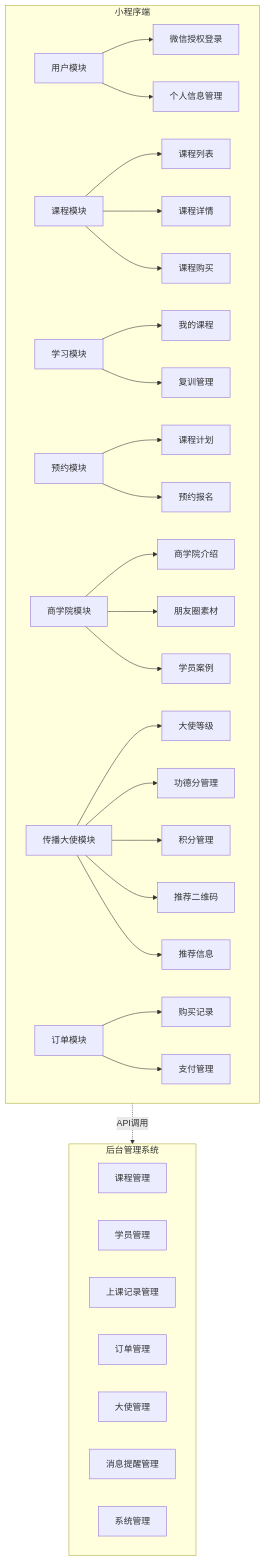
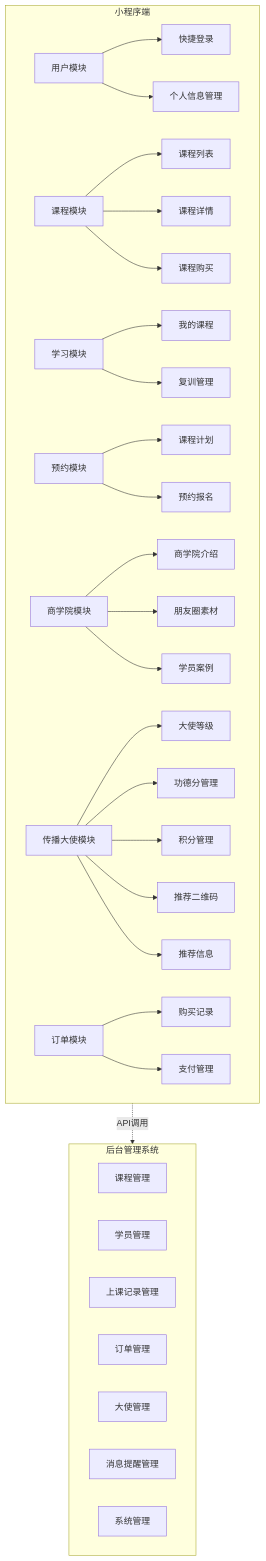
Before and after one commit to richenHe/tiandaowenhua_xcx: the second of 21 diagrams in 需求文档-V2.md, drawn with Mermaid. The commit also changed other lines of this file and 63 other files, not shown here.

````diff
--- a/需求文档-V2.md
+++ b/需求文档-V2.md
@@ -318,42 +318,42 @@
 ```mermaid
 graph TB
     subgraph 小程序端
-        A[用户模块] --> A1[微信授权登录]
+        A[用户模块] --> A1[快捷登录]
         A --> A2[个人信息管理]
         
         B[课程模块] --> B1[课程列表]
         B --> B2[课程详情]
         B --> B3[课程购买]
         
         C[学习模块] --> C1[我的课程]
         C --> C2[复训管理]
         
         D[预约模块] --> D1[课程计划]
         D --> D2[预约报名]
         
         E[商学院模块] --> E1[商学院介绍]
         E --> E2[朋友圈素材]
         E --> E3[学员案例]
         
         F[传播大使模块] --> F1[大使等级]
         F --> F2[功德分管理]
         F --> F3[积分管理]
         F --> F4[推荐二维码]
         F --> F5[推荐信息]
         
         G[订单模块] --> G1[购买记录]
         G --> G2[支付管理]
     end
     
     subgraph 后台管理系统
         H[课程管理]
         I[学员管理]
         J[上课记录管理]
         K[订单管理]
         L[大使管理]
         M[消息提醒管理]
         N[系统管理]
     end
     
     小程序端 -.API调用.-> 后台管理系统
 ```
````
